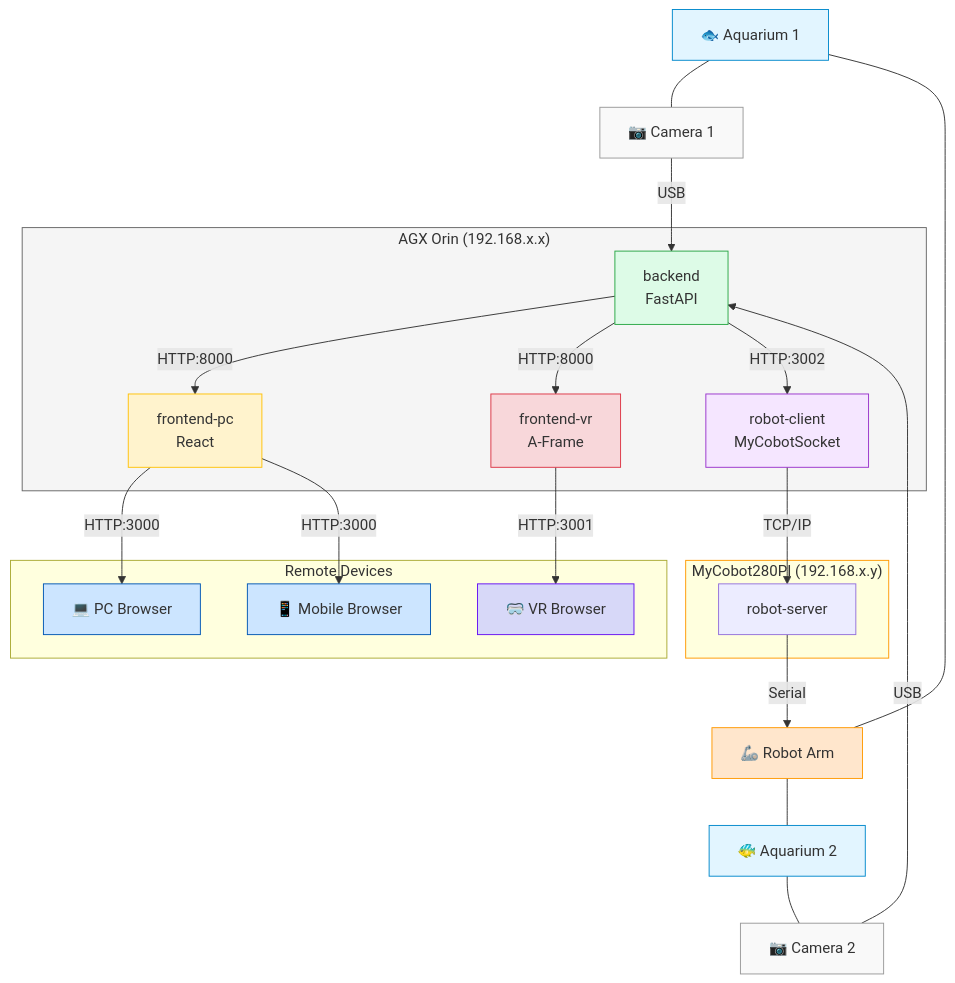
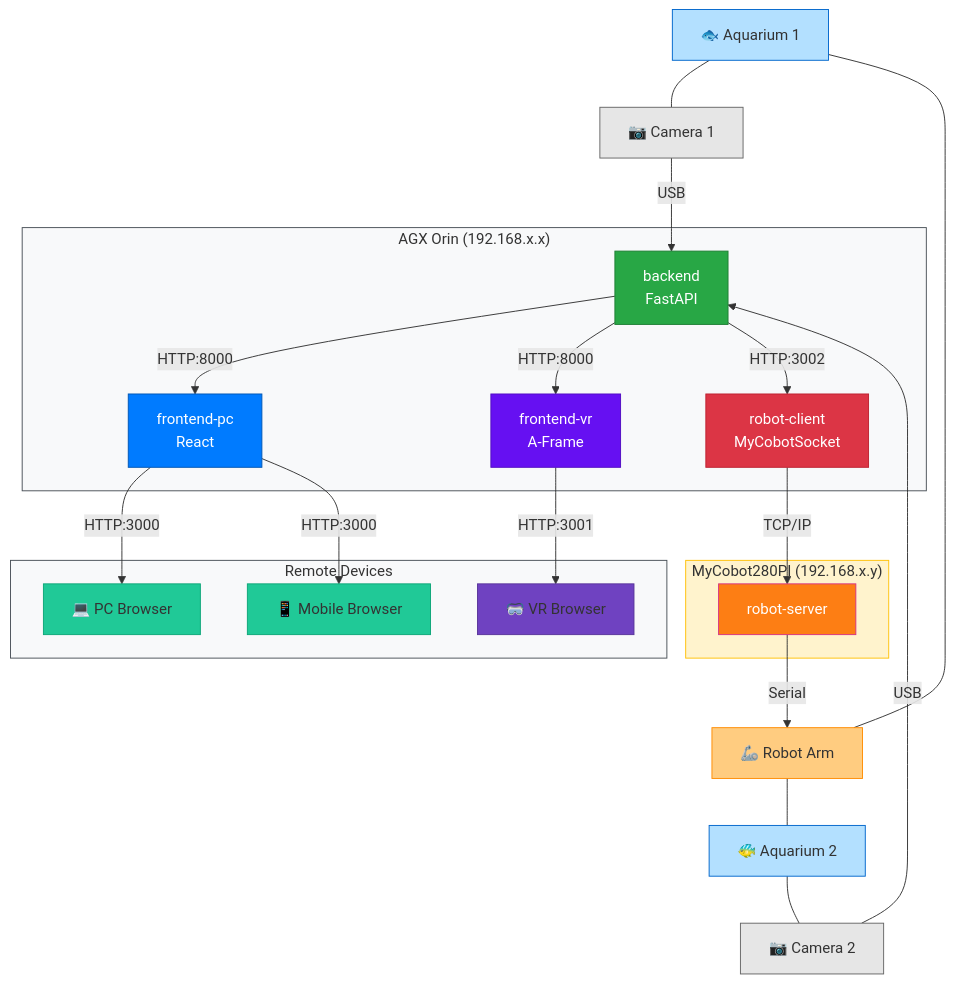
One commit to hu-po/aquarius changed the diagram in README.md. Above: the diagram before and after it, drawn with Mermaid.

````diff
--- a/README.md
+++ b/README.md
@@ -33,50 +33,59 @@
 ```mermaid
 flowchart TB
     aquarium1["🐟 Aquarium 1"]--- camera1["📷 Camera 1"]
     aquarium2["🐠 Aquarium 2"]--- camera2["📷 Camera 2"]
     robot_arm["🦾 Robot Arm"] --- aquarium1
     robot_arm --- aquarium2
     
     subgraph Edge["AGX Orin (192.168.x.x)"]
         backend["backend\n FastAPI"]
         fe_pc["frontend-pc\n React"]
         fe_vr["frontend-vr\n A-Frame"]
         robot_client["robot-client\nMyCobotSocket"]
         backend -- "HTTP:8000" --> fe_pc
         backend -- "HTTP:8000" --> fe_vr
         backend -- "HTTP:3002" --> robot_client
     end
     
     subgraph Robot["MyCobot280PI (192.168.x.y)"]
         robot_server["robot-server"]
     end
     
-    subgraph Remote Devices
+    subgraph Remote_Devices["Remote Devices"]
         pc["💻 PC Browser"]
         vr["🥽 VR Browser"]
         phone["📱 Mobile Browser"]
     end
     
     camera1 -- "USB" --> backend
     camera2 -- "USB" --> backend
     fe_pc -- "HTTP:3000" --> pc
     fe_pc -- "HTTP:3000" --> phone
     fe_vr -- "HTTP:3001" --> vr
     robot_client -- "TCP/IP" --> robot_server
     robot_server -- "Serial" --> robot_arm
 
-    style aquarium1 fill:#e2f5ff,stroke:#0088cc
-    style aquarium2 fill:#e2f5ff,stroke:#0088cc
-    style Edge fill:#f5f5f5,stroke:#666666
-    style camera1 fill:#f9f9f9,stroke:#999999
-    style camera2 fill:#f9f9f9,stroke:#999999
-    style backend fill:#ddfbe7,stroke:#28a745
-    style fe_pc fill:#fff3cd,stroke:#ffc107
-    style fe_vr fill:#f8d7da,stroke:#dc3545
-    style pc fill:#cce5ff,stroke:#0056b3
-    style vr fill:#d7d8f8,stroke:#6610f2
-    style phone fill:#cce5ff,stroke:#0056b3
-    style Robot Pi fill:#ffe6cc,stroke:#ff9900
-    style robot_client fill:#f5e6ff,stroke:#9933cc
-    style robot_arm fill:#ffe6cc,stroke:#ff9900
+    %% Hardware components
+    style aquarium1 fill:#b3e0ff,stroke:#0066cc
+    style aquarium2 fill:#b3e0ff,stroke:#0066cc
+    style camera1 fill:#e6e6e6,stroke:#666666
+    style camera2 fill:#e6e6e6,stroke:#666666
+    style robot_arm fill:#ffcc80,stroke:#ff8c00
+
+    %% Edge computing node
+    style Edge fill:#f8f9fa,stroke:#495057
+    style backend fill:#28a745,stroke:#1e7e34,color:#ffffff
+    style fe_pc fill:#007bff,stroke:#0056b3,color:#ffffff
+    style fe_vr fill:#6610f2,stroke:#520dc2,color:#ffffff
+    style robot_client fill:#dc3545,stroke:#bd2130,color:#ffffff
+
+    %% Robot node
+    style Robot fill:#fff3cd,stroke:#ffc107
+    style robot_server fill:#fd7e14,stroke:#d63384,color:#ffffff
+
+    %% Client devices
+    style Remote_Devices fill:#f8f9fa,stroke:#495057
+    style pc fill:#20c997,stroke:#0ca678
+    style vr fill:#6f42c1,stroke:#59359a
+    style phone fill:#20c997,stroke:#0ca678
 ```
````
